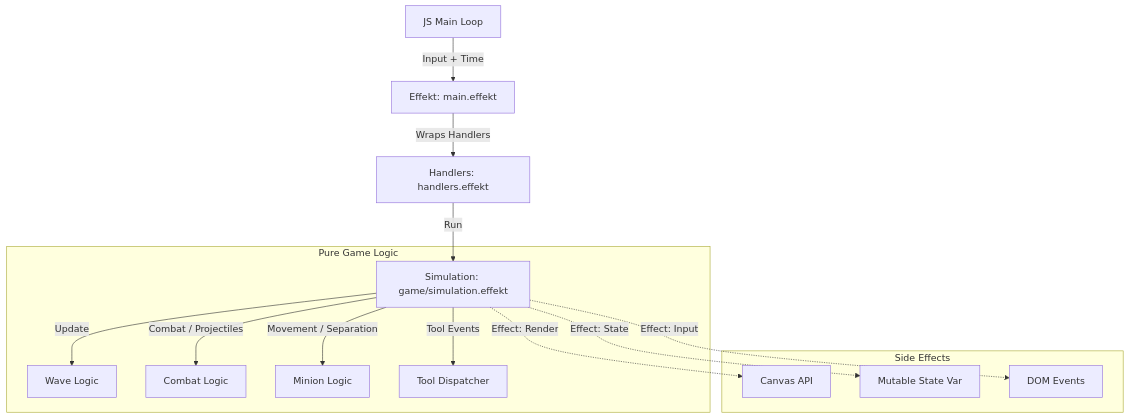
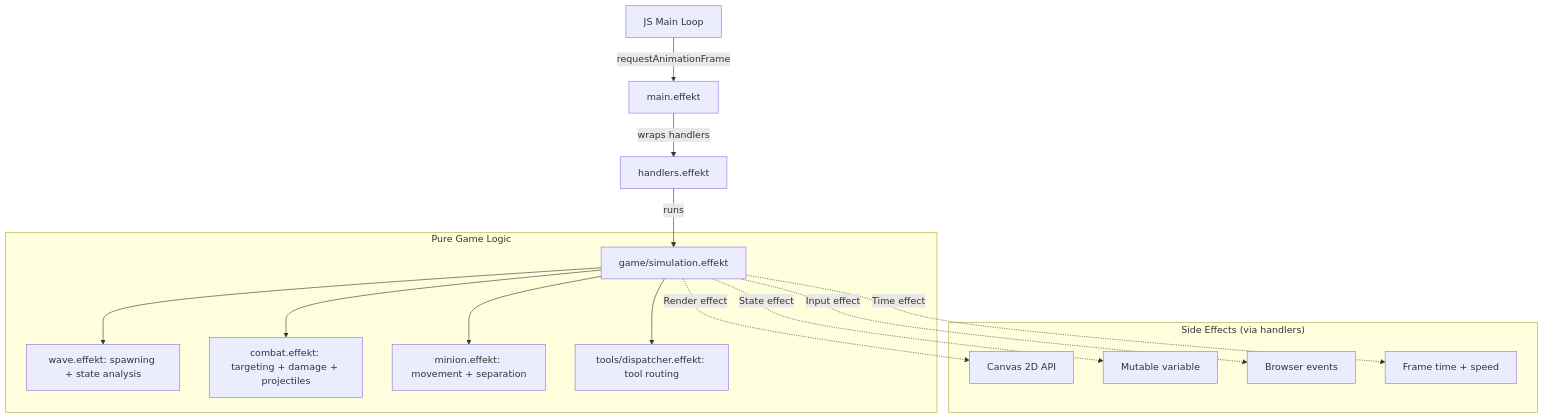
The diagram in Architecture.md (jonez-x/wave-management-sim), drawn with Mermaid before and after one commit. The commit also changed other lines of this file and 17 other files, not shown here.

Commit message:
removed dead and duplicated code and improved architecture and readme

````diff
--- a/Architecture.md
+++ b/Architecture.md
@@ -20,19 +43,20 @@
 ```mermaid
 graph TD
-    JS[JS Main Loop] -->|Input + Time| Main[Effekt: main.effekt]
-    Main -->|Wraps Handlers| Handlers[Handlers: handlers.effekt]
-    Handlers -->|Run| Sim[Simulation: game/simulation.effekt]
-    
+    JS[JS Main Loop] -->|requestAnimationFrame| Main[main.effekt]
+    Main -->|wraps handlers| Handlers[handlers.effekt]
+    Handlers -->|runs| Sim[game/simulation.effekt]
+
     subgraph "Pure Game Logic"
-        Sim -->|Update| Wave[Wave Logic]
-        Sim -->|Combat / Projectiles| Combat[Combat Logic]
-        Sim -->|Movement / Separation| Minion[Minion Logic]
-        Sim -->|Tool Events| Tools[Tool Dispatcher]
+        Sim --> Wave[wave.effekt: spawning + state analysis]
+        Sim --> Combat[combat.effekt: targeting + damage + projectiles]
+        Sim --> Minion[minion.effekt: movement + separation]
+        Sim --> Tools[tools/dispatcher.effekt: tool routing]
     end
-    
-    subgraph "Side Effects"
-        Sim -.->|Effect: Render| Canvas[Canvas API]
-        Sim -.->|Effect: State| StateStore[Mutable State Var]
-        Sim -.->|Effect: Input| DOM[DOM Events]
+
+    subgraph "Side Effects (via handlers)"
+        Sim -.->|Render effect| Canvas[Canvas 2D API]
+        Sim -.->|State effect| StateVar[Mutable variable]
+        Sim -.->|Input effect| DOM[Browser events]
+        Sim -.->|Time effect| Clock[Frame time + speed]
     end
 ```
````
